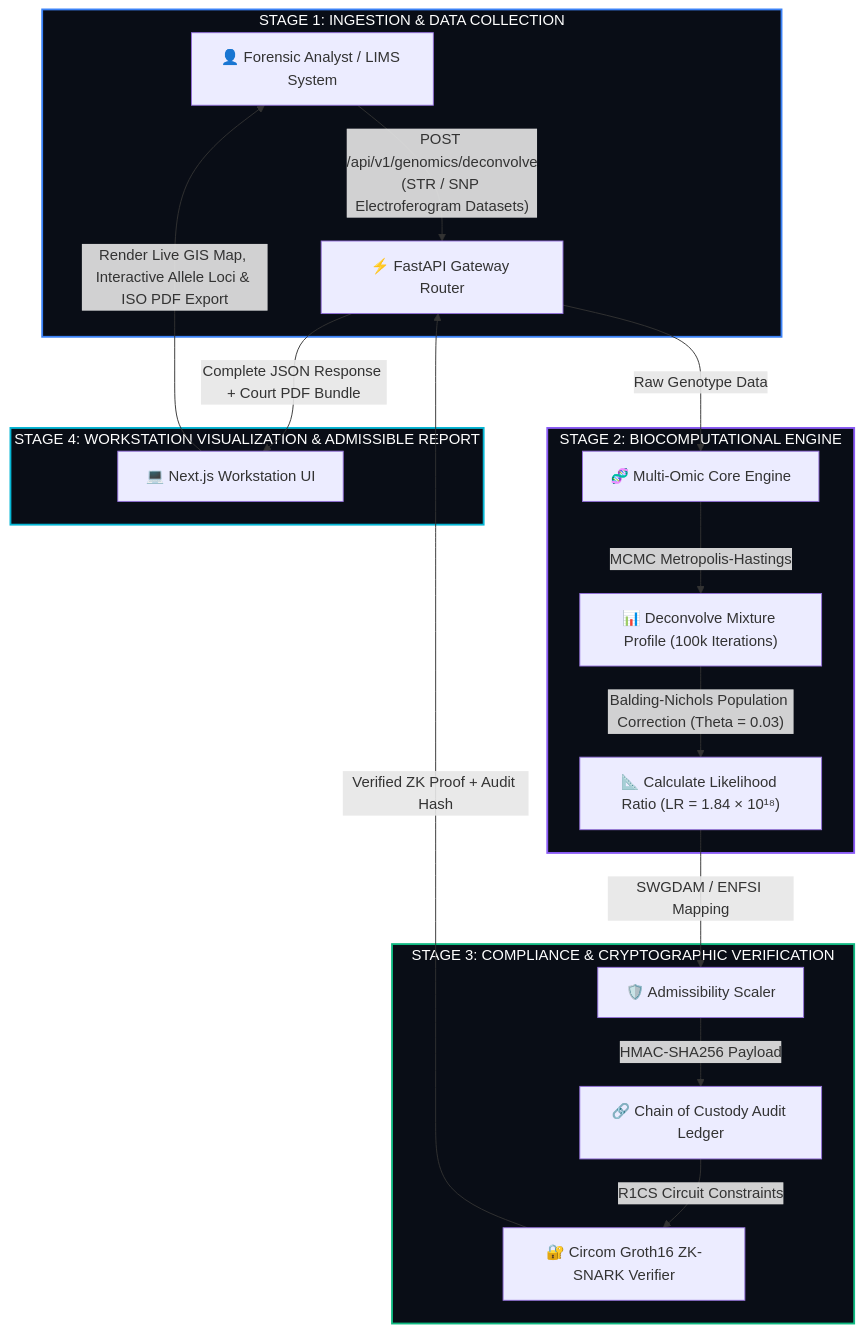
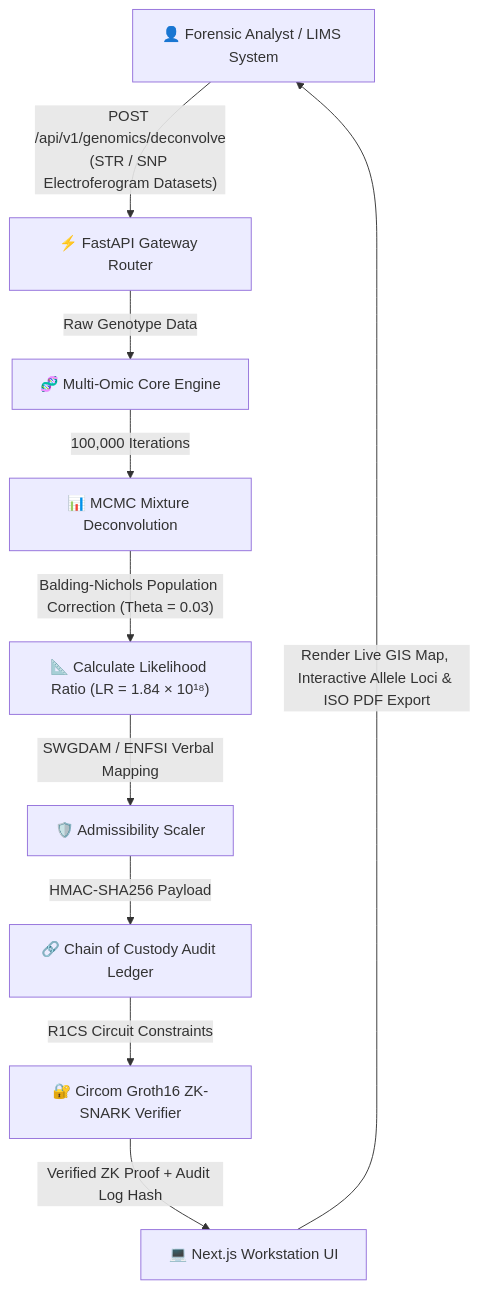
The diagram in README.md (yusufcalisir/FORENZA), drawn with Mermaid before and after one commit.

Commit message:
docs(readme): remove subgraph card boxes for clean borderless linear flowchart in Pipeline Execution section

````diff
--- a/README.md
+++ b/README.md
@@ -99,29 +99,12 @@
 ```mermaid
 flowchart TD
-    subgraph S1["STAGE 1: INGESTION & DATA COLLECTION"]
-        A["👤 Forensic Analyst / LIMS System"] -->|"POST /api/v1/genomics/deconvolve<br/>(STR / SNP Electroferogram Datasets)"| B["⚡ FastAPI Gateway Router"]
-    end
-
-    subgraph S2["STAGE 2: BIOCOMPUTATIONAL ENGINE"]
-        B -->|"Raw Genotype Data"| C["🧬 Multi-Omic Core Engine"]
-        C -->|"MCMC Metropolis-Hastings"| C1["📊 Deconvolve Mixture Profile (100k Iterations)"]
-        C1 -->|"Balding-Nichols Population Correction (Theta = 0.03)"| C2["📐 Calculate Likelihood Ratio (LR = 1.84 × 10¹⁸)"]
-    end
-
-    subgraph S3["STAGE 3: COMPLIANCE & CRYPTOGRAPHIC VERIFICATION"]
-        C2 -->|"SWGDAM / ENFSI Mapping"| D["🛡️ Admissibility Scaler"]
-        D -->|"HMAC-SHA256 Payload"| E["🔗 Chain of Custody Audit Ledger"]
-        E -->|"R1CS Circuit Constraints"| F["🔐 Circom Groth16 ZK-SNARK Verifier"]
-    end
-
-    subgraph S4["STAGE 4: WORKSTATION VISUALIZATION & ADMISSIBLE REPORT"]
-        F -->|"Verified ZK Proof + Audit Hash"| B
-        B -->|"Complete JSON Response + Court PDF Bundle"| G["💻 Next.js Workstation UI"]
-        G -->|"Render Live GIS Map, Interactive Allele Loci & ISO PDF Export"| A
-    end
-
-    style S1 fill:#090d16,stroke:#3b82f6,stroke-width:2px,color:#fff
-    style S2 fill:#090d16,stroke:#8b5cf6,stroke-width:2px,color:#fff
-    style S3 fill:#090d16,stroke:#10b981,stroke-width:2px,color:#fff
-    style S4 fill:#090d16,stroke:#06b6d4,stroke-width:2px,color:#fff
+    A["👤 Forensic Analyst / LIMS System"] -->|"POST /api/v1/genomics/deconvolve<br/>(STR / SNP Electroferogram Datasets)"| B["⚡ FastAPI Gateway Router"]
+    B -->|"Raw Genotype Data"| C["🧬 Multi-Omic Core Engine"]
+    C -->|"100,000 Iterations"| D["📊 MCMC Mixture Deconvolution"]
+    D -->|"Balding-Nichols Population Correction (Theta = 0.03)"| E["📐 Calculate Likelihood Ratio (LR = 1.84 × 10¹⁸)"]
+    E -->|"SWGDAM / ENFSI Verbal Mapping"| F["🛡️ Admissibility Scaler"]
+    F -->|"HMAC-SHA256 Payload"| G["🔗 Chain of Custody Audit Ledger"]
+    G -->|"R1CS Circuit Constraints"| H["🔐 Circom Groth16 ZK-SNARK Verifier"]
+    H -->|"Verified ZK Proof + Audit Log Hash"| I["💻 Next.js Workstation UI"]
+    I -->|"Render Live GIS Map, Interactive Allele Loci & ISO PDF Export"| A
 ```
````
